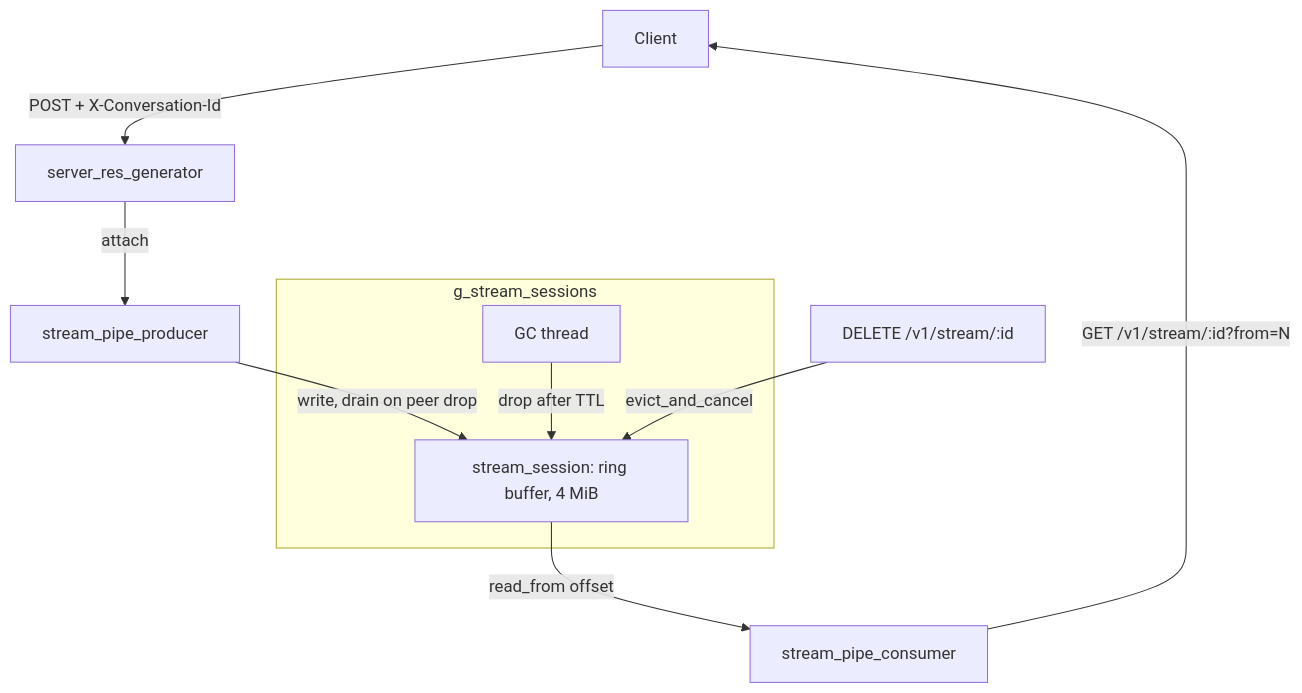
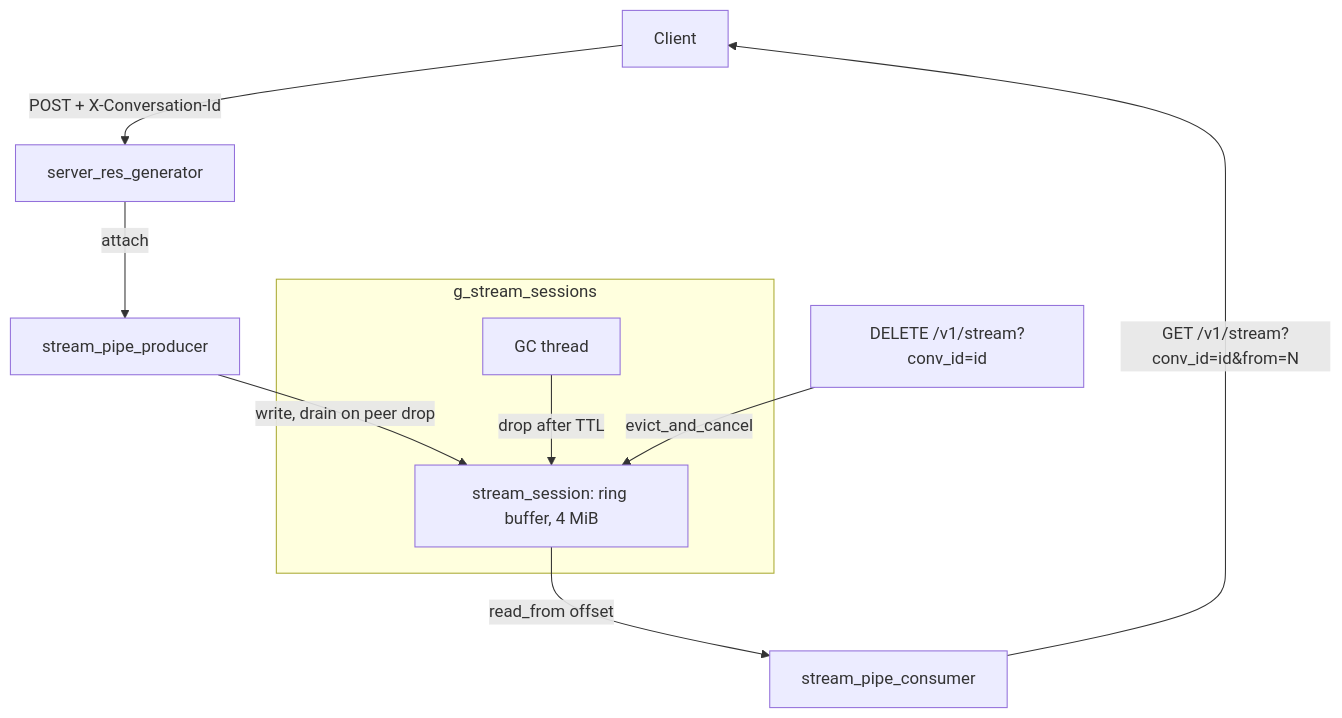
One commit to naamfung/laamaafung changed the second of 2 diagrams in tools/server/README-dev.md. Above: the diagram before and after it, drawn with Mermaid. The commit also changed other lines of this file and 190 other files, not shown here.

````diff
--- a/tools/server/README-dev.md
+++ b/tools/server/README-dev.md
@@ -157,13 +157,13 @@
 ```mermaid
 graph TD
     Client -- "POST + X-Conversation-Id" --> RG[server_res_generator]
     RG -- attach --> Prod[stream_pipe_producer]
     Prod -- "write, drain on peer drop" --> Sess
     subgraph g_stream_sessions
         Sess[stream_session: ring buffer, 4 MiB]
         GC[GC thread] -- drop after TTL --> Sess
     end
     Sess -- read_from offset --> Cons[stream_pipe_consumer]
-    Cons -- "GET /v1/stream/:id?from=N" --> Client
-    DEL[DELETE /v1/stream/:id] -- evict_and_cancel --> Sess
+    Cons -- "GET /v1/stream?conv_id=id&from=N" --> Client
+    DEL[DELETE /v1/stream?conv_id=id] -- evict_and_cancel --> Sess
 ```
````
